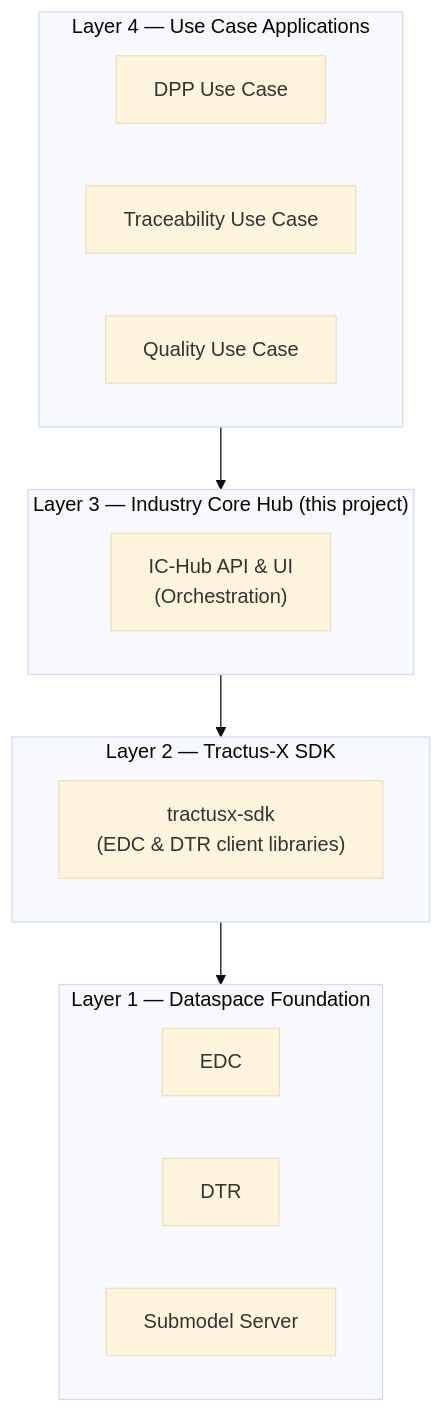
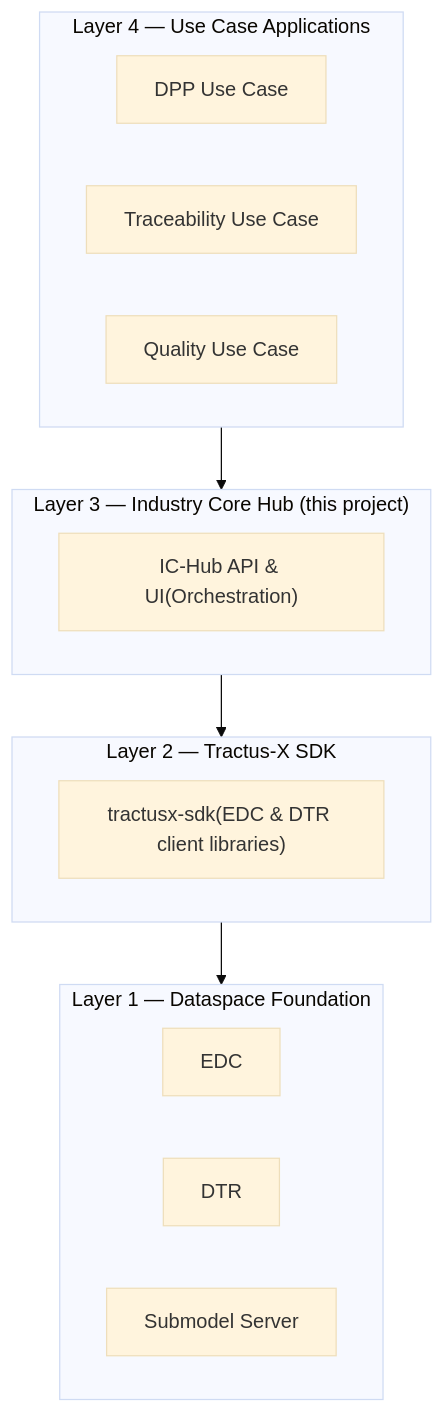
Before and after one commit to jalvaro-lks/industry-core-hub: the second of 7 diagrams in README.md, drawn with Mermaid (base theme). The commit also changed other lines of this file, not shown here.

````diff
--- a/README.md
+++ b/README.md
@@ -160,23 +160,23 @@
 ```mermaid
 graph TB
     subgraph L4["Layer 4 — Use Case Applications"]
         UC1["DPP Use Case"]
         UC2["Traceability Use Case"]
         UC3["Quality Use Case"]
     end
     subgraph L3["Layer 3 — Industry Core Hub (this project)"]
-        ICH["IC-Hub API & UI\n(Orchestration)"]
+        ICH["IC-Hub API & UI(Orchestration)"]
     end
     subgraph L2["Layer 2 — Tractus-X SDK"]
-        SDK["tractusx-sdk\n(EDC & DTR client libraries)"]
+        SDK["tractusx-sdk(EDC & DTR client libraries)"]
     end
     subgraph L1["Layer 1 — Dataspace Foundation"]
         EDC["EDC"]
         DTR["DTR"]
         SS["Submodel Server"]
     end
 
     L4 --> L3
     L3 --> L2
     L2 --> L1
 ```
````
